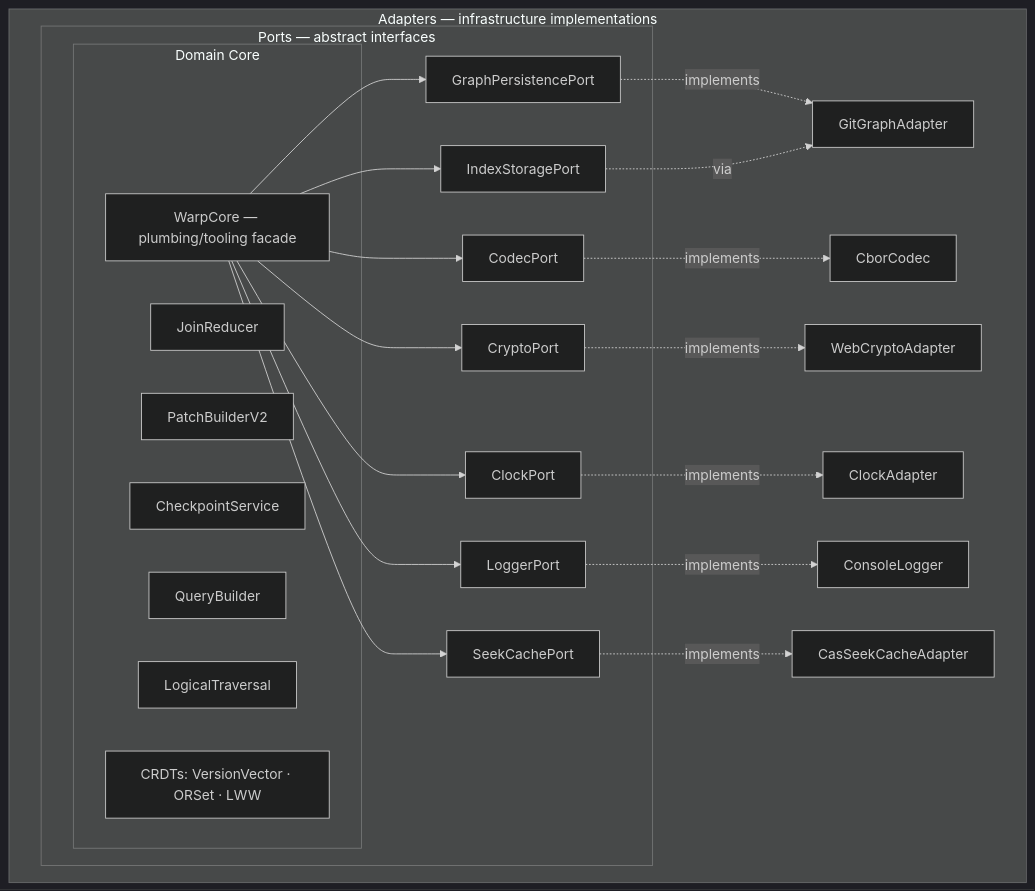
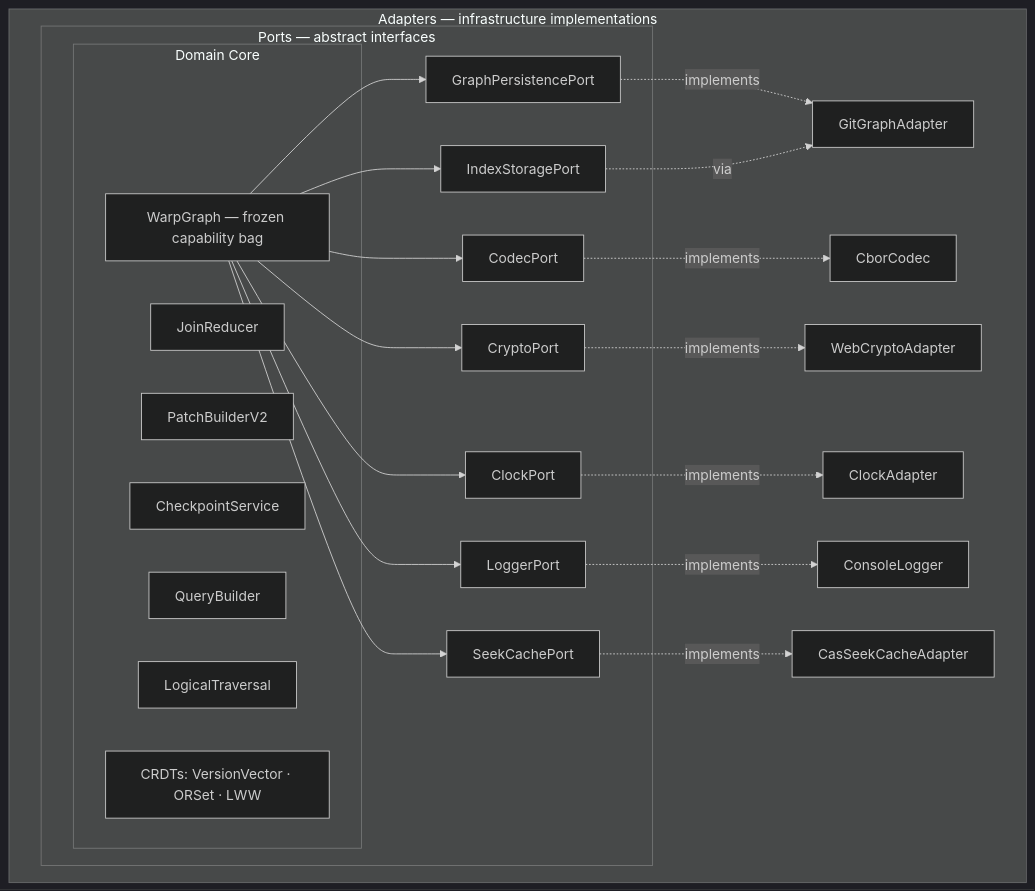
The first of 8 diagrams in docs/API_REFERENCE.md (git-stunts/git-warp), drawn with Mermaid (dark theme) before and after one commit. The commit also changed other lines of this file and 28 other files, not shown here.

````diff
--- a/docs/API_REFERENCE.md
+++ b/docs/API_REFERENCE.md
@@ -103,41 +197,41 @@
 ```mermaid
 flowchart TB
     subgraph adapters["Adapters — infrastructure implementations"]
         git["GitGraphAdapter"]
         cbor["CborCodec"]
         webcrypto["WebCryptoAdapter"]
         clocka["ClockAdapter"]
         consolel["ConsoleLogger"]
         cascache["CasSeekCacheAdapter"]
 
         subgraph ports["Ports — abstract interfaces"]
             pp["GraphPersistencePort"]
             cp["CodecPort"]
             crp["CryptoPort"]
             clp["ClockPort"]
             lp["LoggerPort"]
             ip["IndexStoragePort"]
             sp["SeekCachePort"]
 
             subgraph domain["Domain Core"]
-                wg["WarpCore — plumbing/tooling facade"]
+                wg["WarpGraph — frozen capability bag"]
                 jr["JoinReducer"]
                 pb["PatchBuilderV2"]
                 cs["CheckpointService"]
                 qb["QueryBuilder"]
                 lt["LogicalTraversal"]
                 crdts["CRDTs: VersionVector · ORSet · LWW"]
             end
         end
     end
 
     pp -.->|implements| git
     cp -.->|implements| cbor
     crp -.->|implements| webcrypto
     clp -.->|implements| clocka
     lp -.->|implements| consolel
     sp -.->|implements| cascache
     ip -.->|via| git
 
     wg --> pp & cp & crp & clp & lp & ip & sp
 ```
````
